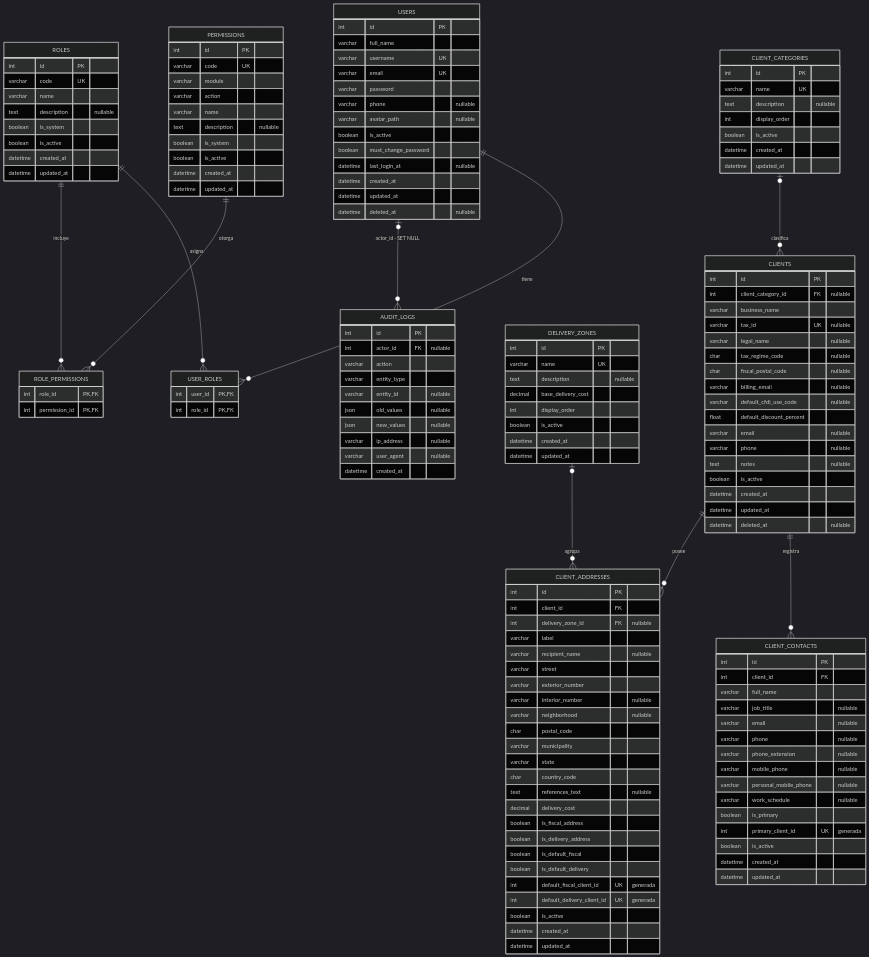
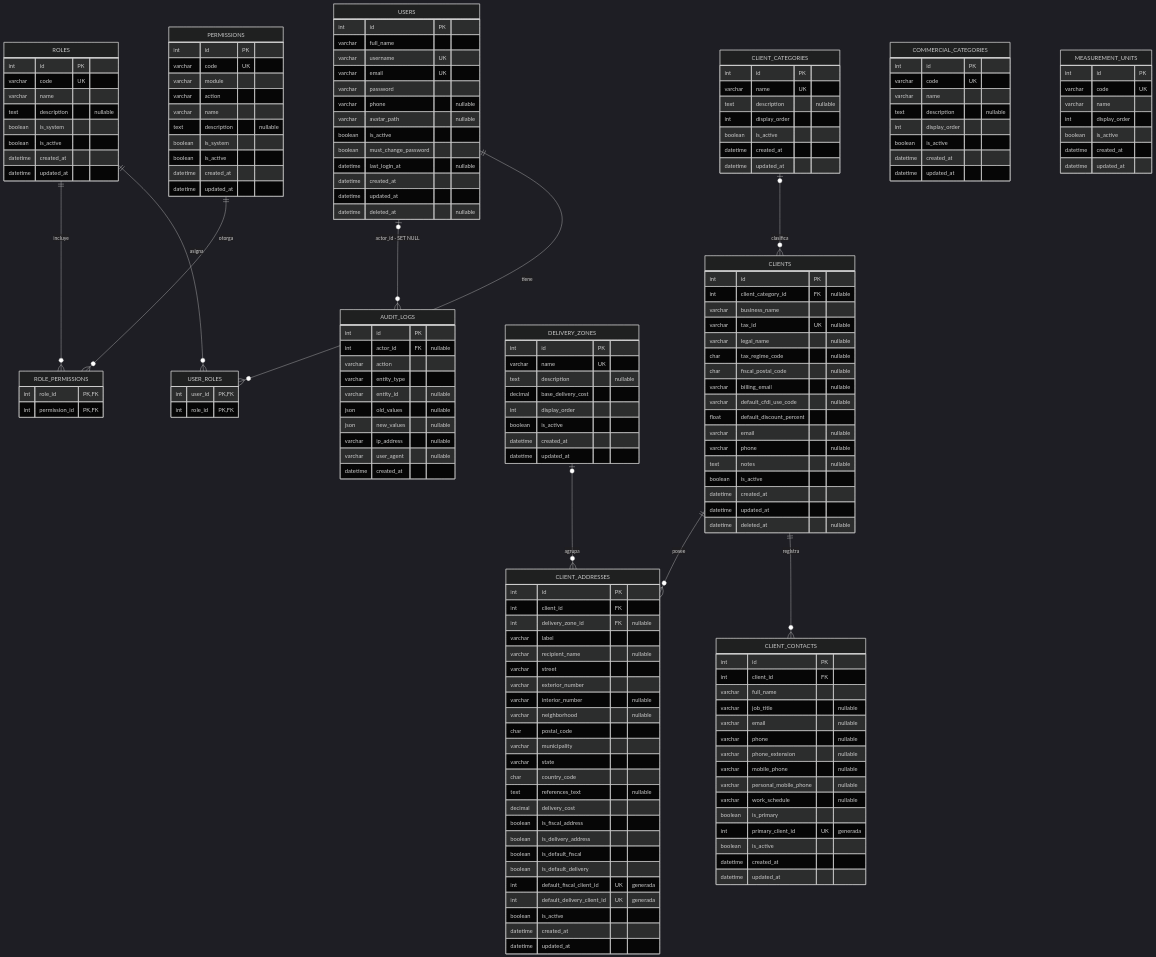
The diagram in PrintFlow_Contexto_24-07.md (UrielCG1/PrintFlow), drawn with Mermaid (dark theme) before and after one commit. The commit also changed other lines of this file, not shown here.

```diff
--- a/PrintFlow_Contexto_24-07.md
+++ b/PrintFlow_Contexto_24-07.md
@@ -419,6 +445,27 @@
         datetime updated_at
     }
 
+    COMMERCIAL_CATEGORIES {
+        int id PK
+        varchar code UK
+        varchar name
+        text description "nullable"
+        int display_order
+        boolean is_active
+        datetime created_at
+        datetime updated_at
+    }
+
+    MEASUREMENT_UNITS {
+        int id PK
+        varchar code UK
+        varchar name
+        int display_order
+        boolean is_active
+        datetime created_at
+        datetime updated_at
+    }
+
     CLIENTS {
         int id PK
         int client_category_id FK "nullable"
```
